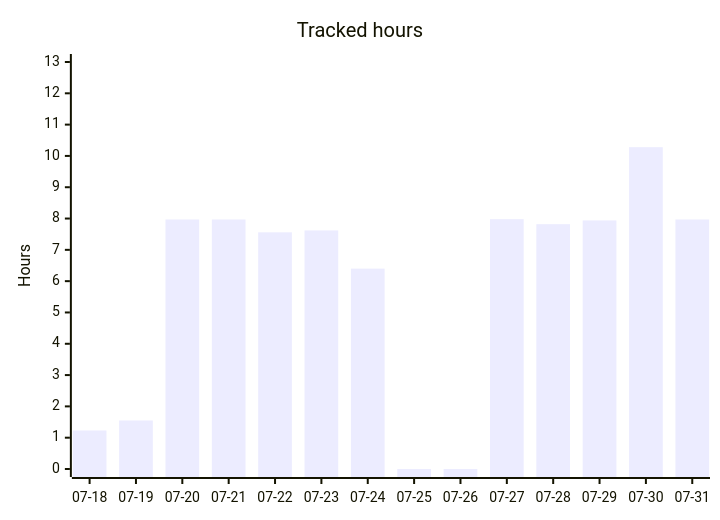
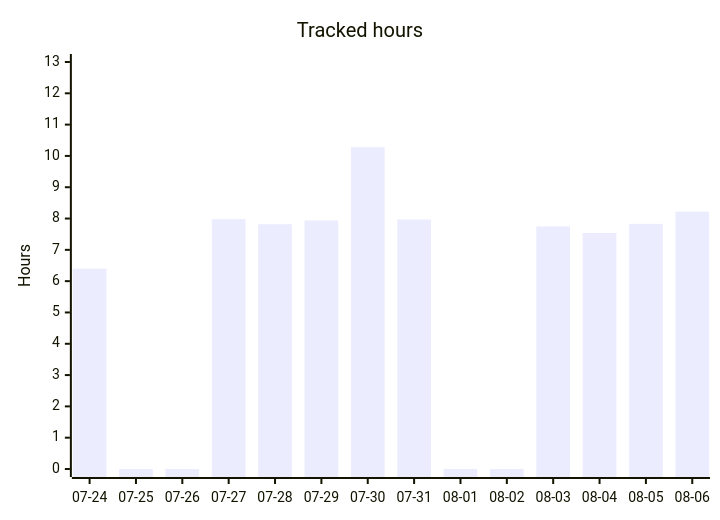
The second of 5 diagrams in README.org (albinforsberg-netizen/timeclock), drawn with Mermaid before and after one commit. The commit also changed other lines of this file, not shown here.

```diff
--- a/README.org
+++ b/README.org
@@ -94,7 +94,7 @@
 #+begin_src mermaid
 xychart-beta
     title "Tracked hours"
-    x-axis ["07-18", "07-19", "07-20", "07-21", "07-22", "07-23", "07-24", "07-25", "07-26", "07-27", "07-28", "07-29", "07-30", "07-31"]
+    x-axis ["07-24", "07-25", "07-26", "07-27", "07-28", "07-29", "07-30", "07-31", "08-01", "08-02", "08-03", "08-04", "08-05", "08-06"]
     y-axis "Hours" 0 --> 13
-    bar [1.23, 1.55, 7.97, 7.97, 7.56, 7.62, 6.40, 0.00, 0.00, 7.98, 7.82, 7.94, 10.28, 7.97]
+    bar [6.40, 0.00, 0.00, 7.98, 7.82, 7.94, 10.28, 7.97, 0.00, 0.00, 7.75, 7.54, 7.83, 8.22]
 #+end_src
```
